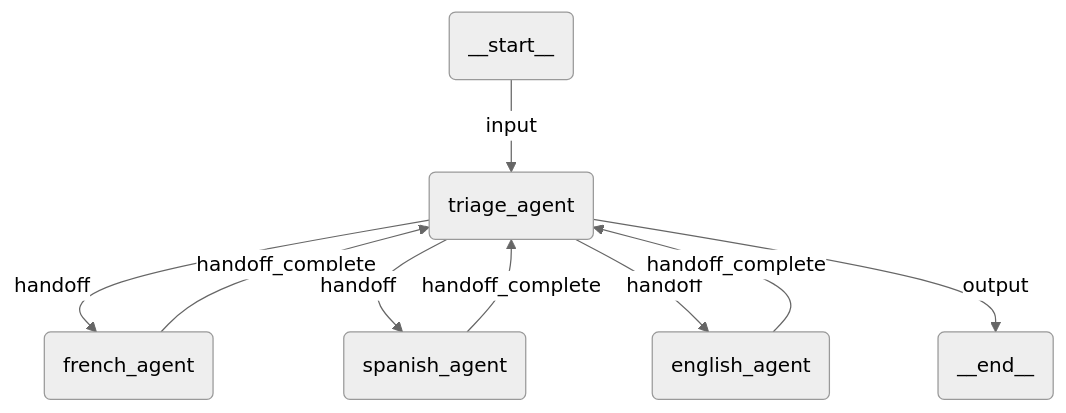
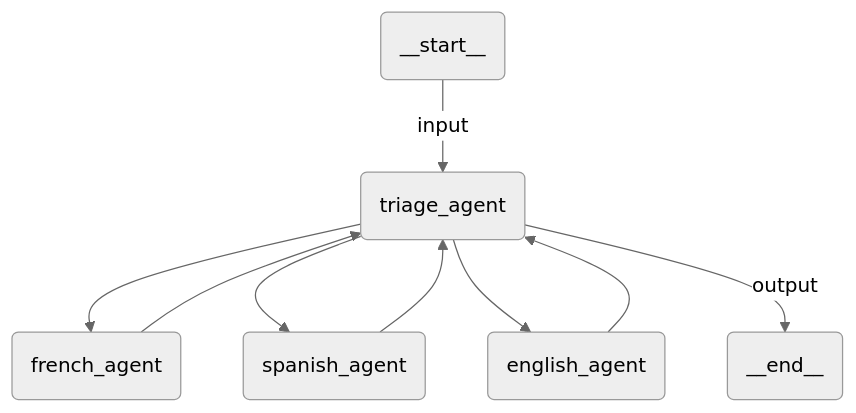
One commit to UiPath/uipath-llamaindex-python changed the diagram in packages/uipath-openai-agents/samples/triage-agent/agent.mermaid. Above: the diagram before and after it, drawn with Mermaid (neutral theme). The commit also changed 18 other files, not shown here.

```diff
--- a/packages/uipath-openai-agents/samples/triage-agent/agent.mermaid
+++ b/packages/uipath-openai-agents/samples/triage-agent/agent.mermaid
@@ -1,15 +1,15 @@
 flowchart TB
   __start__(__start__)
   triage_agent(triage_agent)
   french_agent(french_agent)
   spanish_agent(spanish_agent)
   english_agent(english_agent)
   __end__(__end__)
+  triage_agent --> french_agent
+  french_agent --> triage_agent
+  triage_agent --> spanish_agent
+  spanish_agent --> triage_agent
+  triage_agent --> english_agent
+  english_agent --> triage_agent
   __start__ --> |input|triage_agent
-  triage_agent --> |handoff|french_agent
-  french_agent --> |handoff_complete|triage_agent
-  triage_agent --> |handoff|spanish_agent
-  spanish_agent --> |handoff_complete|triage_agent
-  triage_agent --> |handoff|english_agent
-  english_agent --> |handoff_complete|triage_agent
   triage_agent --> |output|__end__
```
